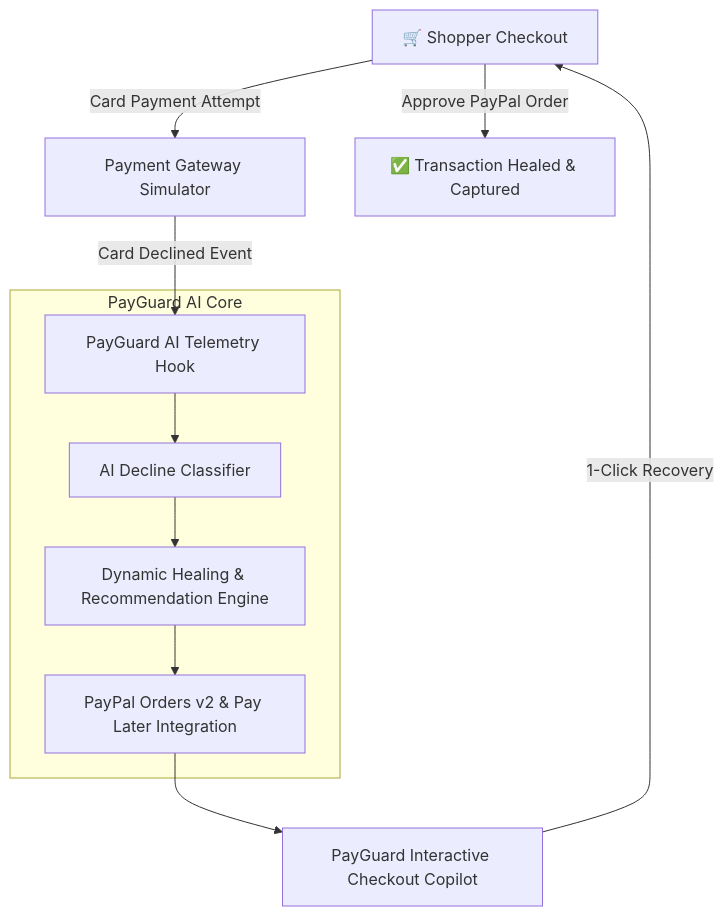
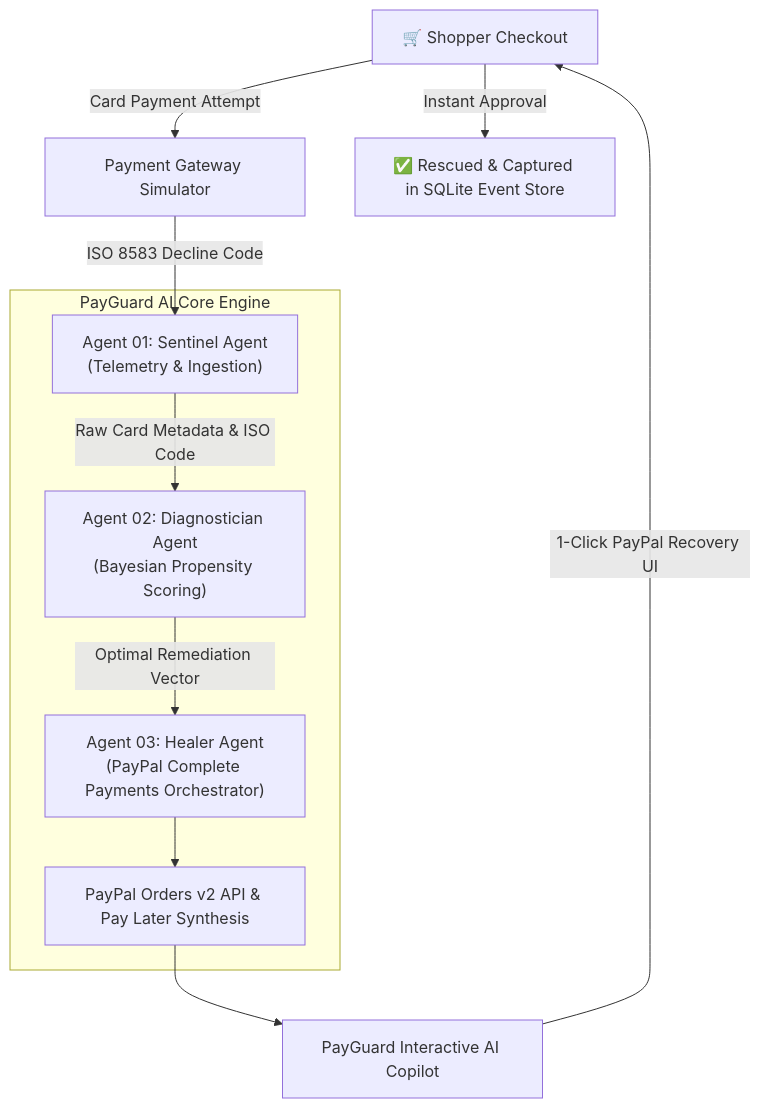
Before and after one commit to kpunia306/payguard-ai: the diagram in README.md, drawn with Mermaid. The commit also changed other lines of this file and 3 other files, not shown here.

Commit message:
feat: complete enterprise multi-agent payment healing platform with merchant war room, audio feedback, and sqlite event store

````diff
--- a/README.md
+++ b/README.md
@@ -29,15 +27,15 @@
 ```mermaid
 flowchart TD
     User["🛒 Shopper Checkout"] -->|Card Payment Attempt| Gateway["Payment Gateway Simulator"]
-    Gateway -->|Card Declined Event| Interceptor["PayGuard AI Telemetry Hook"]
+    Gateway -->|ISO 8583 Decline Code| Sentinel["Agent 01: Sentinel Agent\n(Telemetry & Ingestion)"]
     
-    subgraph PayGuard AI Core
-        Interceptor --> Reasoner["AI Decline Classifier"]
-        Reasoner --> Engine["Dynamic Healing & Recommendation Engine"]
-        Engine --> PayPalAPI["PayPal Orders v2 & Pay Later Integration"]
+    subgraph PayGuard AI Core Engine
+        Sentinel -->|Raw Card Metadata & ISO Code| Diagnostician["Agent 02: Diagnostician Agent\n(Bayesian Propensity Scoring)"]
+        Diagnostician -->|Optimal Remediation Vector| Healer["Agent 03: Healer Agent\n(PayPal Complete Payments Orchestrator)"]
+        Healer --> OrdersV2["PayPal Orders v2 API & Pay Later Synthesis"]
     end
     
-    PayPalAPI --> Copilot["PayGuard Interactive Checkout Copilot"]
-    Copilot -->|1-Click Recovery| User
-    User -->|Approve PayPal Order| Complete["✅ Transaction Healed & Captured"]
+    OrdersV2 --> Copilot["PayGuard Interactive AI Copilot"]
+    Copilot -->|1-Click PayPal Recovery UI| User
+    User -->|Instant Approval| Captured["✅ Rescued & Captured in SQLite Event Store"]
 ```
````
